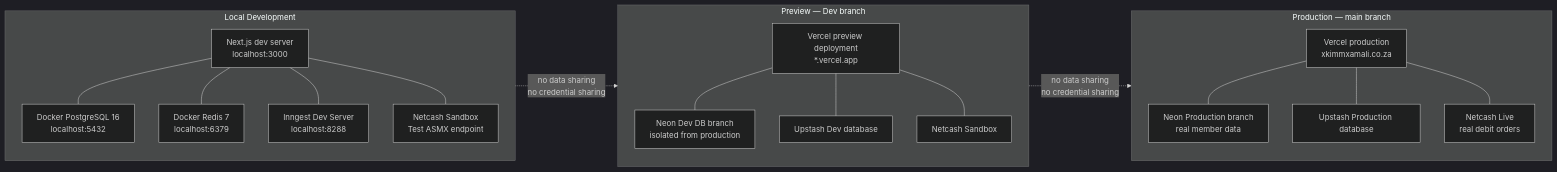
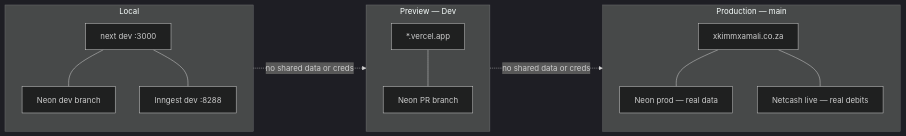
The third of 3 diagrams in docs/architecture/04-infrastructure-deployment.md (KSDRILL-SA/Xkimi-Xa-Mali), drawn with Mermaid (dark theme) before and after one commit. The commit also changed other lines of this file and 3 other files, not shown here.

First line of the commit message:
docs: tighten C4 architecture and refresh for phase-3 (#188)

````diff
--- a/docs/architecture/04-infrastructure-deployment.md
+++ b/docs/architecture/04-infrastructure-deployment.md
@@ -158,40 +78,15 @@
 ```mermaid
 flowchart LR
-    subgraph LOCAL["Local Development"]
-        L_APP["Next.js dev server\nlocalhost:3000"]
-        L_DB["Docker PostgreSQL 16\nlocalhost:5432"]
-        L_REDIS["Docker Redis 7\nlocalhost:6379"]
-        L_INNGEST["Inngest Dev Server\nlocalhost:8288"]
-        L_NC["Netcash Sandbox\nTest ASMX endpoint"]
+    subgraph L["Local"]
+        LA["next dev :3000"] --- LDB["Neon dev branch"]
+        LA --- LIN["Inngest dev :8288"]
     end
-
-    subgraph PREVIEW["Preview — Dev branch"]
-        P_APP["Vercel preview deployment\n*.vercel.app"]
-        P_DB["Neon Dev DB branch\nisolated from production"]
-        P_REDIS["Upstash Dev database"]
-        P_NC["Netcash Sandbox"]
+    subgraph P["Preview — Dev"]
+        PA["*.vercel.app"] --- PDB["Neon PR branch"]
     end
-
-    subgraph PRODUCTION["Production — main branch"]
-        PR_APP["Vercel production\nxkimmxamali.co.za"]
-        PR_DB["Neon Production branch\nreal member data"]
-        PR_REDIS["Upstash Production database"]
-        PR_NC["Netcash Live\nreal debit orders"]
+    subgraph PR["Production — main"]
+        PRA["xkimmxamali.co.za"] --- PRDB["Neon prod — real data"]
+        PRA --- PRNC["Netcash live — real debits"]
     end
-
-    L_APP --- L_DB
-    L_APP --- L_REDIS
-    L_APP --- L_INNGEST
-    L_APP --- L_NC
-
-    P_APP --- P_DB
-    P_APP --- P_REDIS
-    P_APP --- P_NC
-
-    PR_APP --- PR_DB
-    PR_APP --- PR_REDIS
-    PR_APP --- PR_NC
-
-    LOCAL -.->|"no data sharing\nno credential sharing"| PREVIEW
-    PREVIEW -.->|"no data sharing\nno credential sharing"| PRODUCTION
+    L -.->|no shared data or creds| P -.->|no shared data or creds| PR
 ```
````
